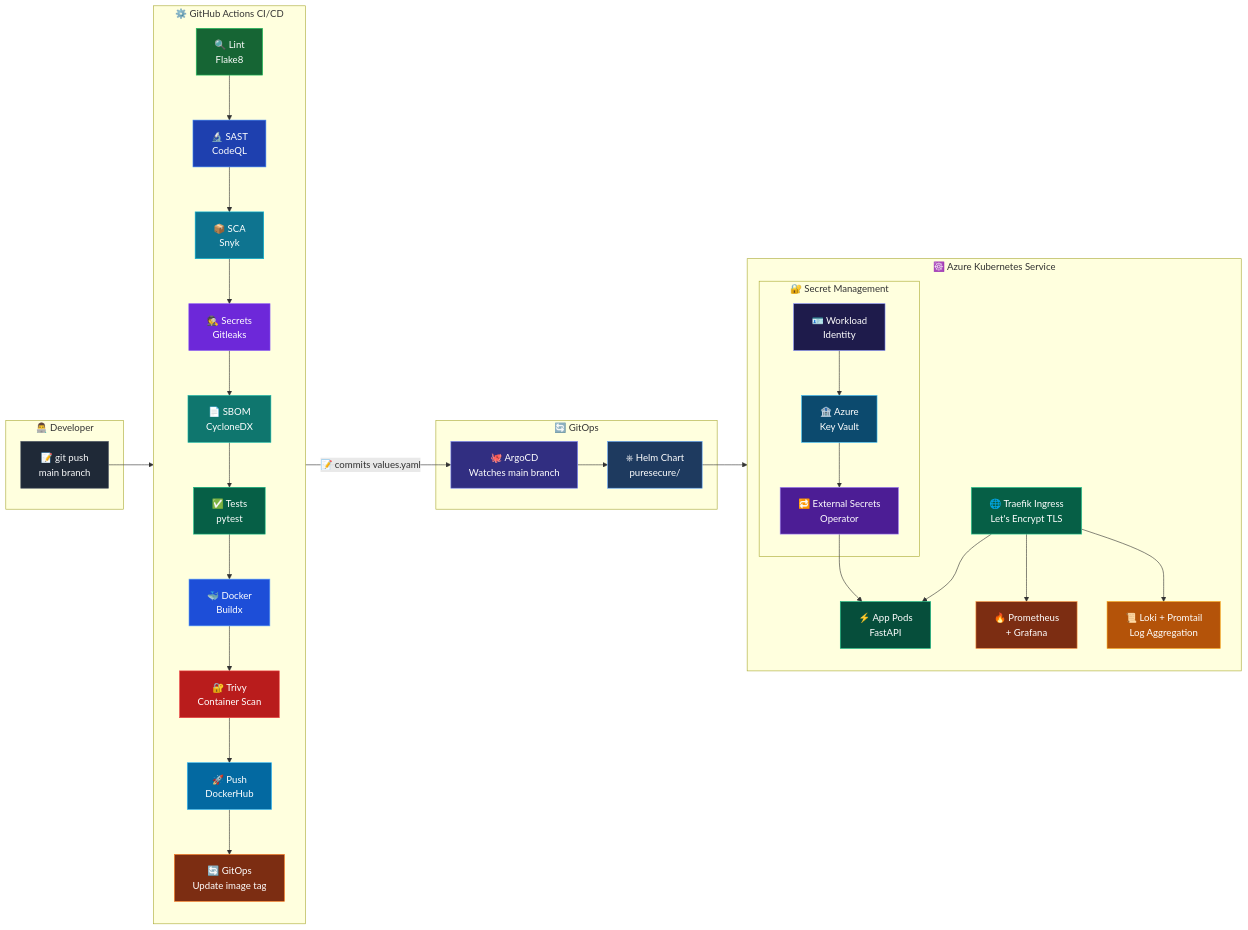
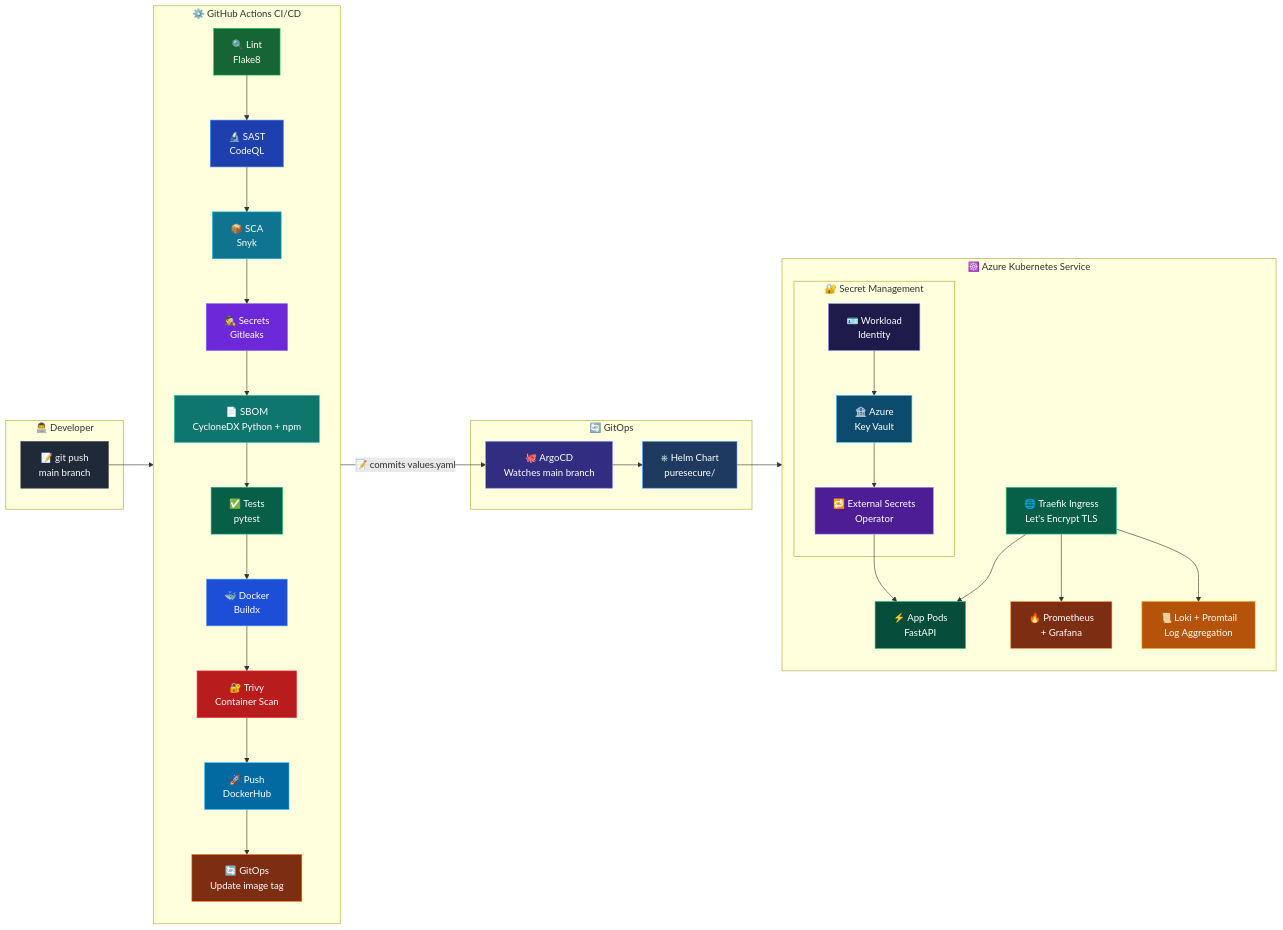
Before and after one commit to reonbritto/test-proj: the second of 5 diagrams in README.md, drawn with Mermaid. The commit also changed other lines of this file and 79 other files, not shown here.

````diff
--- a/README.md
+++ b/README.md
@@ -126,67 +126,67 @@
 ```mermaid
 graph LR
     subgraph Dev["👨‍💻 Developer"]
         CODE["📝 git push\nmain branch"]
     end
 
     subgraph CI["⚙️ GitHub Actions CI/CD"]
         direction TB
         LINT["🔍 Lint\nFlake8"]
         SAST["🔬 SAST\nCodeQL"]
         SCA["📦 SCA\nSnyk"]
         SECRET["🕵️ Secrets\nGitleaks"]
-        SBOM["📄 SBOM\nCycloneDX"]
+        SBOM["📄 SBOM\nCycloneDX Python + npm"]
         TEST["✅ Tests\npytest"]
         BUILD["🐳 Docker\nBuildx"]
         TRIVY["🔐 Trivy\nContainer Scan"]
         PUSH["🚀 Push\nDockerHub"]
         GITOPS["🔄 GitOps\nUpdate image tag"]
 
         LINT --> SAST --> SCA --> SECRET --> SBOM --> TEST --> BUILD --> TRIVY --> PUSH --> GITOPS
     end
 
     subgraph GitOps["🔄 GitOps"]
         ARGO["🐙 ArgoCD\nWatches main branch"]
         HELM["⎈ Helm Chart\npuresecure/"]
     end
 
     subgraph K8s["☸️ Azure Kubernetes Service"]
         direction TB
         TRAEFIK["🌐 Traefik Ingress\nLet's Encrypt TLS"]
         APP_POD["⚡ App Pods\nFastAPI"]
         PROM_POD["🔥 Prometheus\n+ Grafana"]
         LOKI_POD["📜 Loki + Promtail\nLog Aggregation"]
 
         subgraph Secrets["🔐 Secret Management"]
             ESO["🔁 External Secrets\nOperator"]
             KV["🏦 Azure\nKey Vault"]
             MI["🪪 Workload\nIdentity"]
         end
     end
 
     CODE --> CI
     GITOPS -- "📝 commits values.yaml" --> ARGO
     ARGO --> HELM --> TRAEFIK --> APP_POD & PROM_POD & LOKI_POD
     MI --> KV --> ESO --> APP_POD
 
     style CODE fill:#1f2937,stroke:#4b5563,color:#f9fafb
     style LINT fill:#166534,stroke:#22c55e,color:#fff
     style SAST fill:#1e40af,stroke:#3b82f6,color:#fff
     style SCA fill:#0e7490,stroke:#06b6d4,color:#fff
     style SECRET fill:#6d28d9,stroke:#8b5cf6,color:#fff
     style SBOM fill:#0f766e,stroke:#14b8a6,color:#fff
     style TEST fill:#065f46,stroke:#10b981,color:#fff
     style BUILD fill:#1d4ed8,stroke:#60a5fa,color:#fff
     style TRIVY fill:#b91c1c,stroke:#ef4444,color:#fff
     style PUSH fill:#0369a1,stroke:#38bdf8,color:#fff
     style GITOPS fill:#7c2d12,stroke:#f97316,color:#fff
     style ARGO fill:#312e81,stroke:#818cf8,color:#fff
     style HELM fill:#1e3a5f,stroke:#60a5fa,color:#fff
     style TRAEFIK fill:#065f46,stroke:#34d399,color:#fff
     style APP_POD fill:#064e3b,stroke:#10b981,color:#fff
     style PROM_POD fill:#7c2d12,stroke:#fb923c,color:#fff
     style LOKI_POD fill:#b45309,stroke:#f59e0b,color:#fff
     style ESO fill:#4c1d95,stroke:#a78bfa,color:#fff
     style KV fill:#0c4a6e,stroke:#38bdf8,color:#fff
     style MI fill:#1e1b4b,stroke:#818cf8,color:#fff
 ```
````
